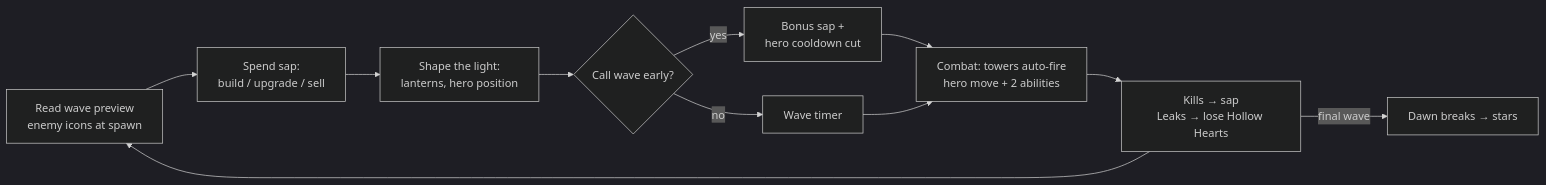
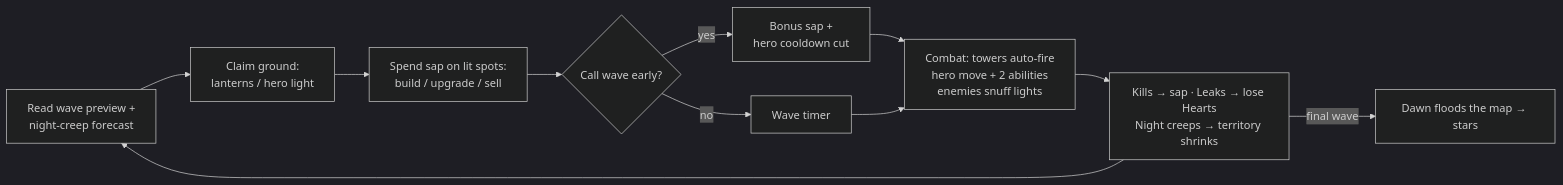
The first of 2 diagrams in salted-caramel-owl/docs/research/02-game-designer.md (osama-kj97/thmsgbrt), drawn with Mermaid (dark theme) before and after one commit. The commit also changed other lines of this file and 7 other files, not shown here.

````diff
--- a/salted-caramel-owl/docs/research/02-game-designer.md
+++ b/salted-caramel-owl/docs/research/02-game-designer.md
@@ -37,13 +42,13 @@
 ```mermaid
 flowchart LR
-  A[Read wave preview<br/>enemy icons at spawn] --> B[Spend sap:<br/>build / upgrade / sell]
-  B --> C[Shape the light:<br/>lanterns, hero position]
+  A[Read wave preview +<br/>night-creep forecast] --> B[Claim ground:<br/>lanterns / hero light]
+  B --> C[Spend sap on lit spots:<br/>build / upgrade / sell]
   C --> D{Call wave early?}
   D -- yes --> E[Bonus sap +<br/>hero cooldown cut]
   D -- no --> F[Wave timer]
-  E --> G[Combat: towers auto-fire<br/>hero move + 2 abilities]
+  E --> G[Combat: towers auto-fire<br/>hero move + 2 abilities<br/>enemies snuff lights]
   F --> G
-  G --> H[Kills → sap<br/>Leaks → lose Hollow Hearts]
+  G --> H[Kills → sap · Leaks → lose Hearts<br/>Night creeps → territory shrinks]
   H --> A
-  H -->|final wave| I[Dawn breaks → stars]
+  H -->|final wave| I[Dawn floods the map → stars]
 ```
````
